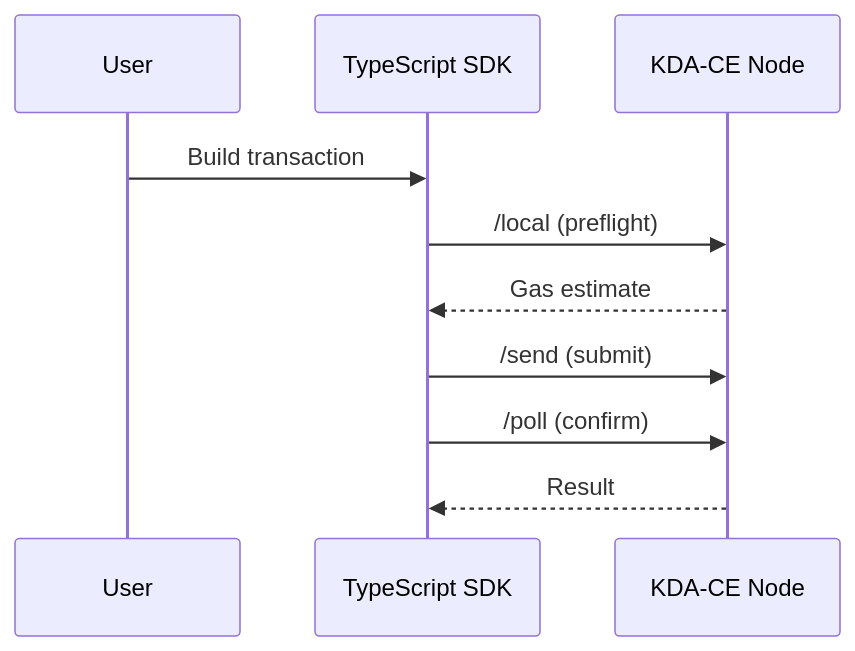
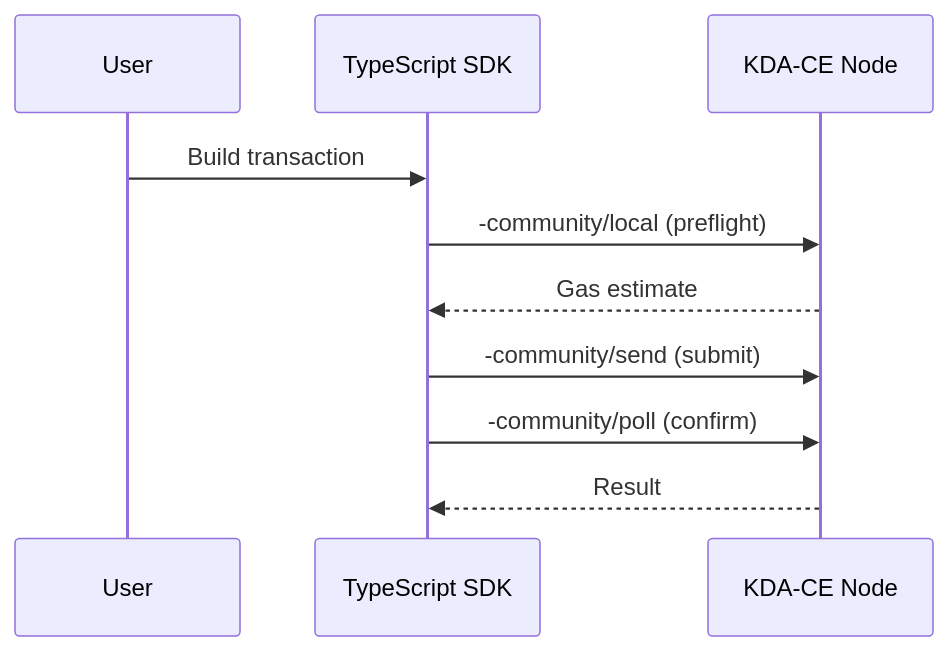
Before and after one commit to Pact-Community-Organization/pact-kit: the second of 2 diagrams in skills/mermaid-diagrams/SKILL.md, drawn with Mermaid. The commit also changed other lines of this file and 26 other files, not shown here.

````diff
--- a/skills/mermaid-diagrams/SKILL.md
+++ b/skills/mermaid-diagrams/SKILL.md
@@ -34,12 +34,12 @@
 ```mermaid
 sequenceDiagram
     participant User
     participant SDK as TypeScript SDK
     participant Node as KDA-CE Node
     User->>SDK: Build transaction
-    SDK->>Node: /local (preflight)
+    SDK->>Node: -community/local (preflight)
     Node-->>SDK: Gas estimate
-    SDK->>Node: /send (submit)
-    SDK->>Node: /poll (confirm)
+    SDK->>Node: -community/send (submit)
+    SDK->>Node: -community/poll (confirm)
     Node-->>SDK: Result
 ```
````
